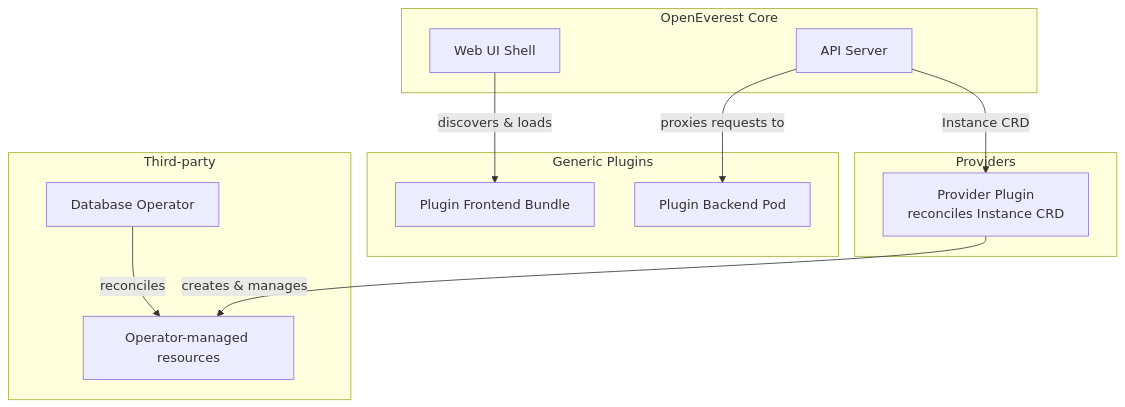
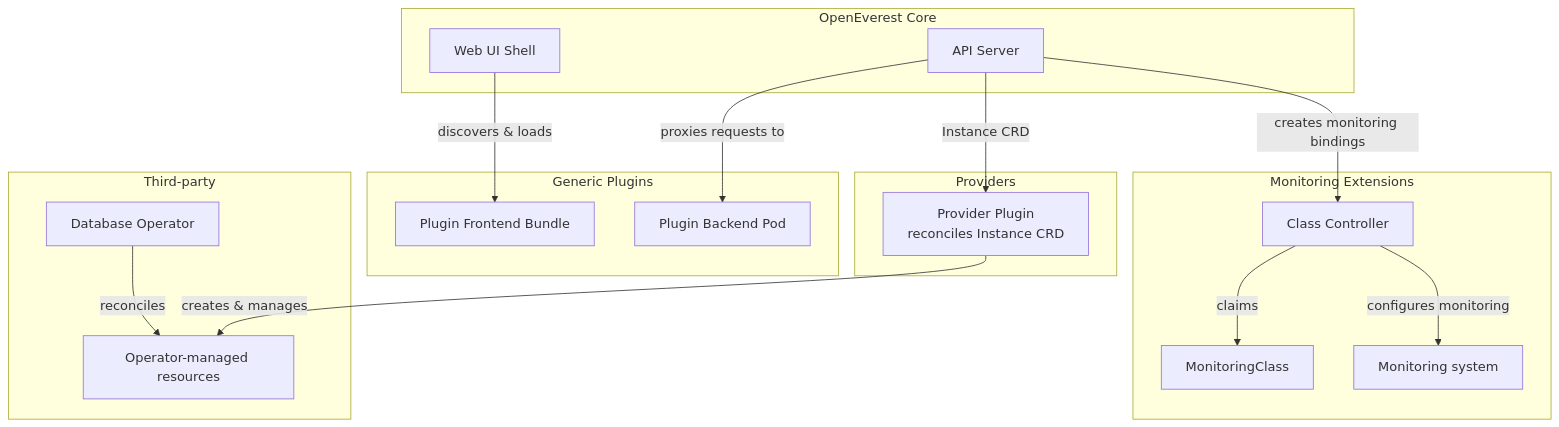
Before and after one commit to openeverest/docs: the diagram in docs/extend/index.md, drawn with Mermaid. The commit also changed other lines of this file and 8 other files, not shown here.

````diff
--- a/docs/extend/index.md
+++ b/docs/extend/index.md
@@ -41,27 +41,36 @@
 ```mermaid
 graph TB
   subgraph OpenEverest Core
     API[API Server]
     UI[Web UI Shell]
   end
 
   subgraph Providers
     P[Provider Plugin\nreconciles Instance CRD]
   end
 
   subgraph Generic Plugins
     GPF[Plugin Frontend Bundle]
     GPB[Plugin Backend Pod]
   end
 
+  subgraph Monitoring Extensions
+    MC[MonitoringClass]
+    MEC[Class Controller]
+    MD[Monitoring system]
+  end
+
   subgraph Third-party
     OP[Database Operator]
     TR[Operator-managed resources]
   end
 
   UI -->|discovers & loads| GPF
   API -->|proxies requests to| GPB
   P -->|creates & manages| TR
   OP -->|reconciles| TR
   API -->|Instance CRD| P
+  MEC -->|claims| MC
+  API -->|creates monitoring bindings| MEC
+  MEC -->|configures monitoring| MD
 ```
````
